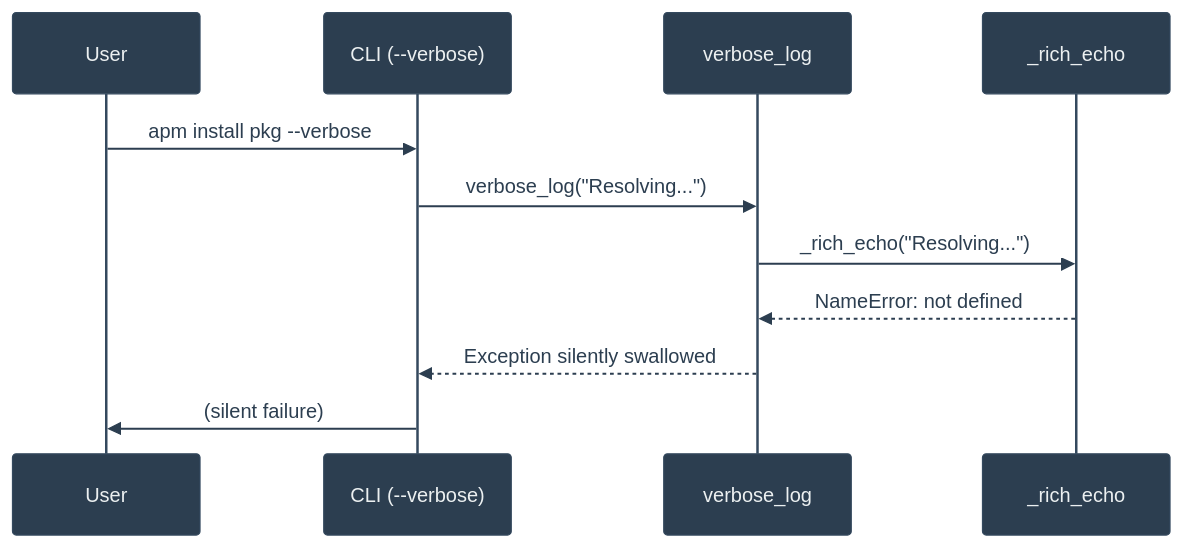
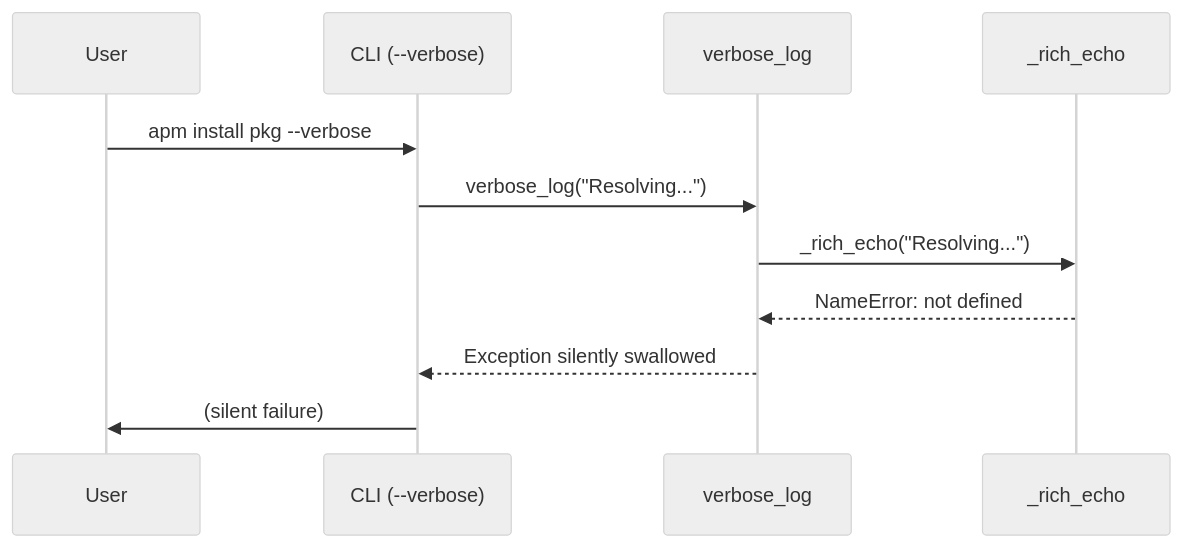
Before and after one commit to danielmeppiel/agentic-sdlc-handbook: the diagram in case-study-apm-overhaul.qmd, drawn with Mermaid. The commit also changed 15 other files, not shown here.

First line of the commit message:
fix: strip custom colors, use Mermaid neutral theme for clean diagrams

````diff
--- a/case-study-apm-overhaul.qmd
+++ b/case-study-apm-overhaul.qmd
@@ -177,19 +177,19 @@
 ```{mermaid}
 %%| fig-width: 4.5
 %%| fig-cap: "Sequence showing how a NameError was silently swallowed"
 %%| fig-alt: "Sequence diagram showing the silent NameError bug. The User calls CLI with 'apm install pkg --verbose'. The CLI calls verbose_log with 'Resolving...'. verbose_log calls _rich_echo with 'Resolving...'. _rich_echo throws a NameError because it is not defined. The exception is silently swallowed by verbose_log, which returns to CLI without error. The CLI shows silent failure to the User with no verbose output."
 %%| label: fig-cs-silent-nameerror
-%%{init: {'theme': 'base', 'themeVariables': {'actorBkg': '#2c3e50', 'actorTextColor': '#ecf0f1', 'actorBorder': '#34495e', 'signalColor': '#2c3e50', 'signalTextColor': '#2c3e50', 'labelBoxBkgColor': '#ecf0f1', 'labelTextColor': '#2c3e50', 'noteBkgColor': '#f1c40f', 'noteTextColor': '#2c3e50', 'fontSize': '14px'}}}%%
+%%{init: {'theme': 'neutral'}}%%
 sequenceDiagram
     participant User
     participant CLI as CLI (--verbose)
     participant VL as verbose_log
     participant RE as _rich_echo
 
     User->>CLI: apm install pkg --verbose
     CLI->>VL: verbose_log("Resolving...")
     VL->>RE: _rich_echo("Resolving...")
     RE-->>VL: NameError: not defined
     VL-->>CLI: Exception silently swallowed
     CLI->>User: (silent failure)
 ```
````
